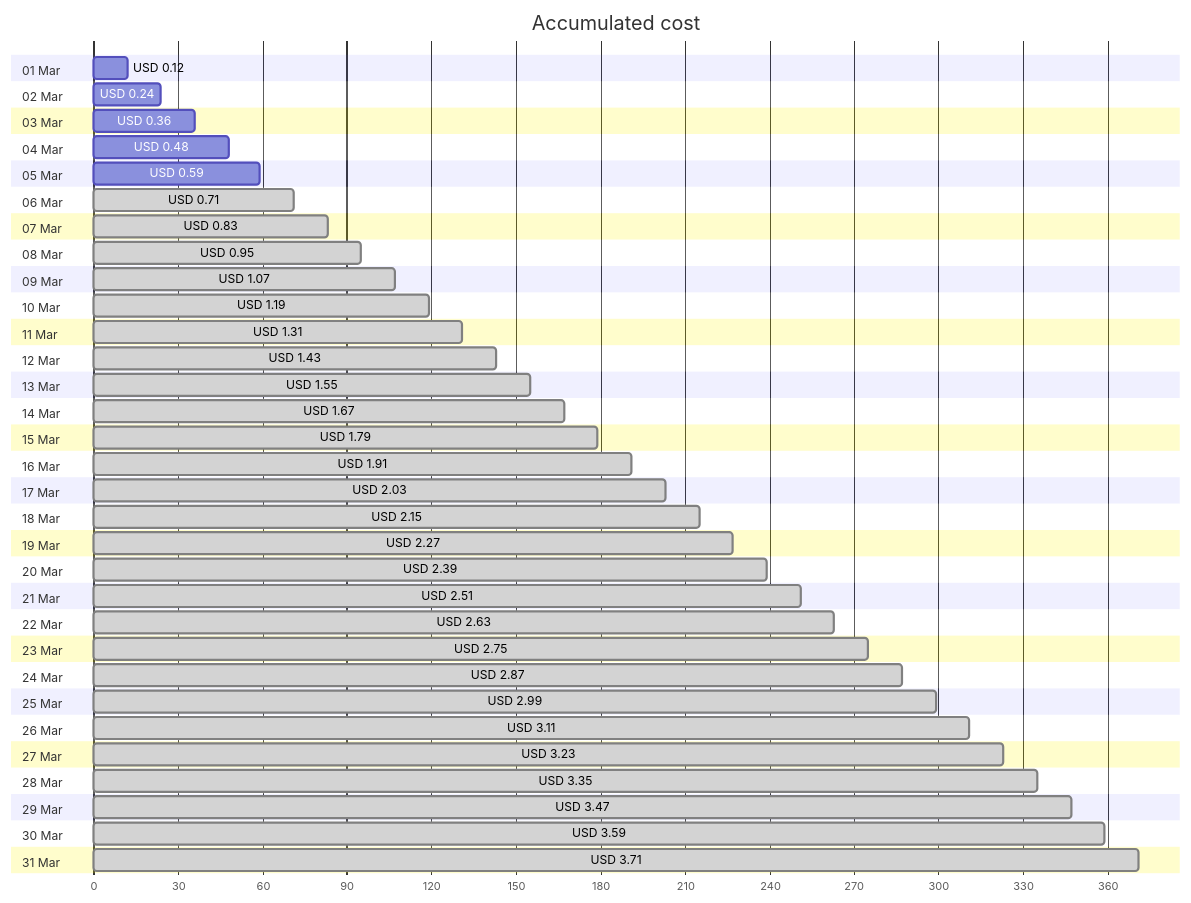
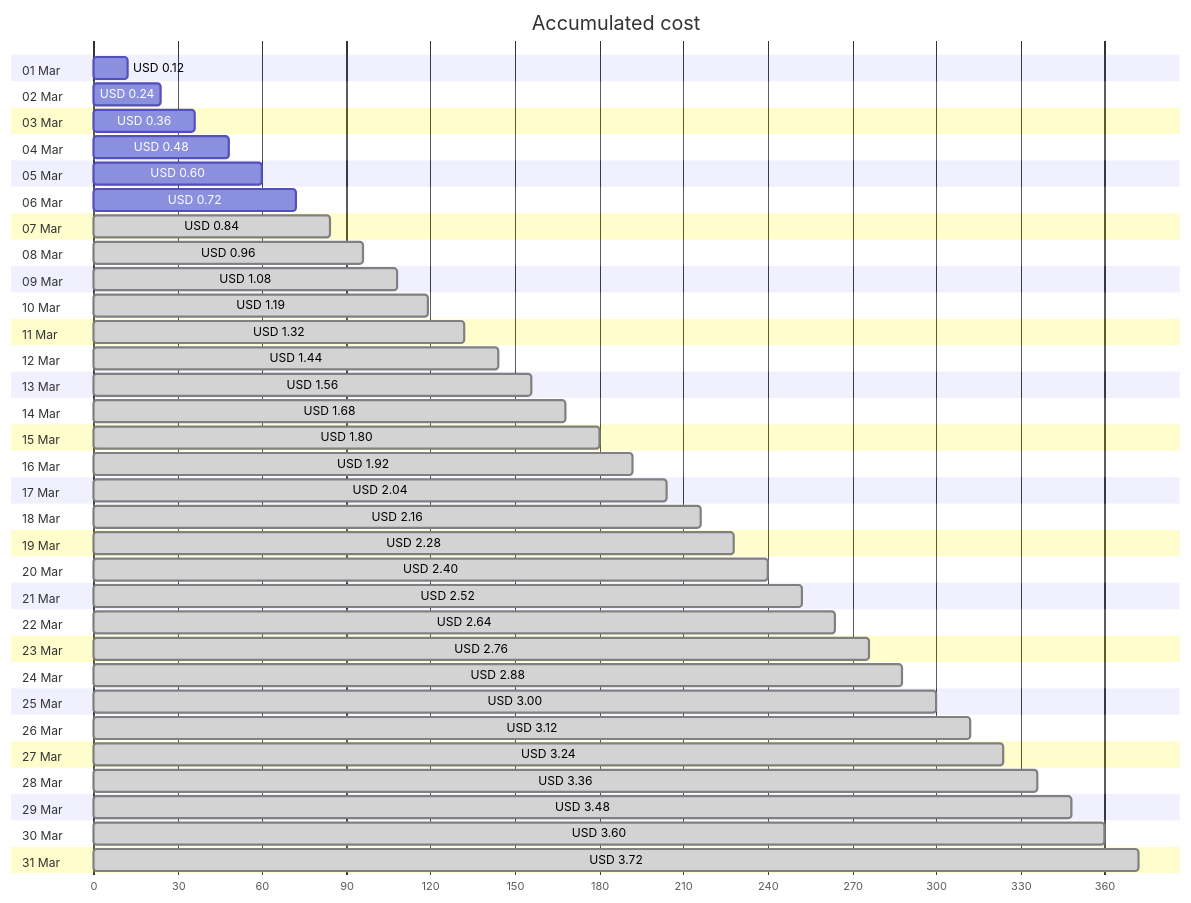
One commit to jpfulton/azure-personal-reports changed the first of 4 diagrams in cost-reports/personal-network/backup-server-public-ip.md. Above: the diagram before and after it, drawn with Mermaid. The commit also changed other lines of this file and 8 other files, not shown here.

````diff
--- a/cost-reports/personal-network/backup-server-public-ip.md
+++ b/cost-reports/personal-network/backup-server-public-ip.md
@@ -20,68 +20,68 @@
 ```mermaid
 gantt
    title Accumulated cost
    dateFormat  X
    axisFormat %s
    section 01 Mar
    USD 0.12 :0, 12
    section 02 Mar
    USD 0.24 :0, 24
    section 03 Mar
    USD 0.36 :0, 36
    section 04 Mar
    USD 0.48 :0, 48
    section 05 Mar
-   USD 0.59 :0, 59
+   USD 0.60 :0, 60
    section 06 Mar
-   USD 0.71 : done, 0, 71
+   USD 0.72 :0, 72
    section 07 Mar
-   USD 0.83 : done, 0, 83
+   USD 0.84 : done, 0, 84
    section 08 Mar
-   USD 0.95 : done, 0, 95
+   USD 0.96 : done, 0, 96
    section 09 Mar
-   USD 1.07 : done, 0, 107
+   USD 1.08 : done, 0, 108
    section 10 Mar
    USD 1.19 : done, 0, 119
    section 11 Mar
-   USD 1.31 : done, 0, 131
+   USD 1.32 : done, 0, 132
    section 12 Mar
-   USD 1.43 : done, 0, 143
+   USD 1.44 : done, 0, 144
    section 13 Mar
-   USD 1.55 : done, 0, 155
+   USD 1.56 : done, 0, 156
    section 14 Mar
-   USD 1.67 : done, 0, 167
+   USD 1.68 : done, 0, 168
    section 15 Mar
-   USD 1.79 : done, 0, 179
+   USD 1.80 : done, 0, 180
    section 16 Mar
-   USD 1.91 : done, 0, 191
+   USD 1.92 : done, 0, 192
    section 17 Mar
-   USD 2.03 : done, 0, 203
+   USD 2.04 : done, 0, 204
    section 18 Mar
-   USD 2.15 : done, 0, 215
+   USD 2.16 : done, 0, 216
    section 19 Mar
-   USD 2.27 : done, 0, 227
+   USD 2.28 : done, 0, 228
    section 20 Mar
-   USD 2.39 : done, 0, 239
+   USD 2.40 : done, 0, 240
    section 21 Mar
-   USD 2.51 : done, 0, 251
+   USD 2.52 : done, 0, 252
    section 22 Mar
-   USD 2.63 : done, 0, 263
+   USD 2.64 : done, 0, 264
    section 23 Mar
-   USD 2.75 : done, 0, 275
+   USD 2.76 : done, 0, 276
    section 24 Mar
-   USD 2.87 : done, 0, 287
+   USD 2.88 : done, 0, 288
    section 25 Mar
-   USD 2.99 : done, 0, 299
+   USD 3.00 : done, 0, 300
    section 26 Mar
-   USD 3.11 : done, 0, 311
+   USD 3.12 : done, 0, 312
    section 27 Mar
-   USD 3.23 : done, 0, 323
+   USD 3.24 : done, 0, 324
    section 28 Mar
-   USD 3.35 : done, 0, 335
+   USD 3.36 : done, 0, 336
    section 29 Mar
-   USD 3.47 : done, 0, 347
+   USD 3.48 : done, 0, 348
    section 30 Mar
-   USD 3.59 : done, 0, 359
+   USD 3.60 : done, 0, 360
    section 31 Mar
-   USD 3.71 : done, 0, 371
+   USD 3.72 : done, 0, 372
 ```
````
